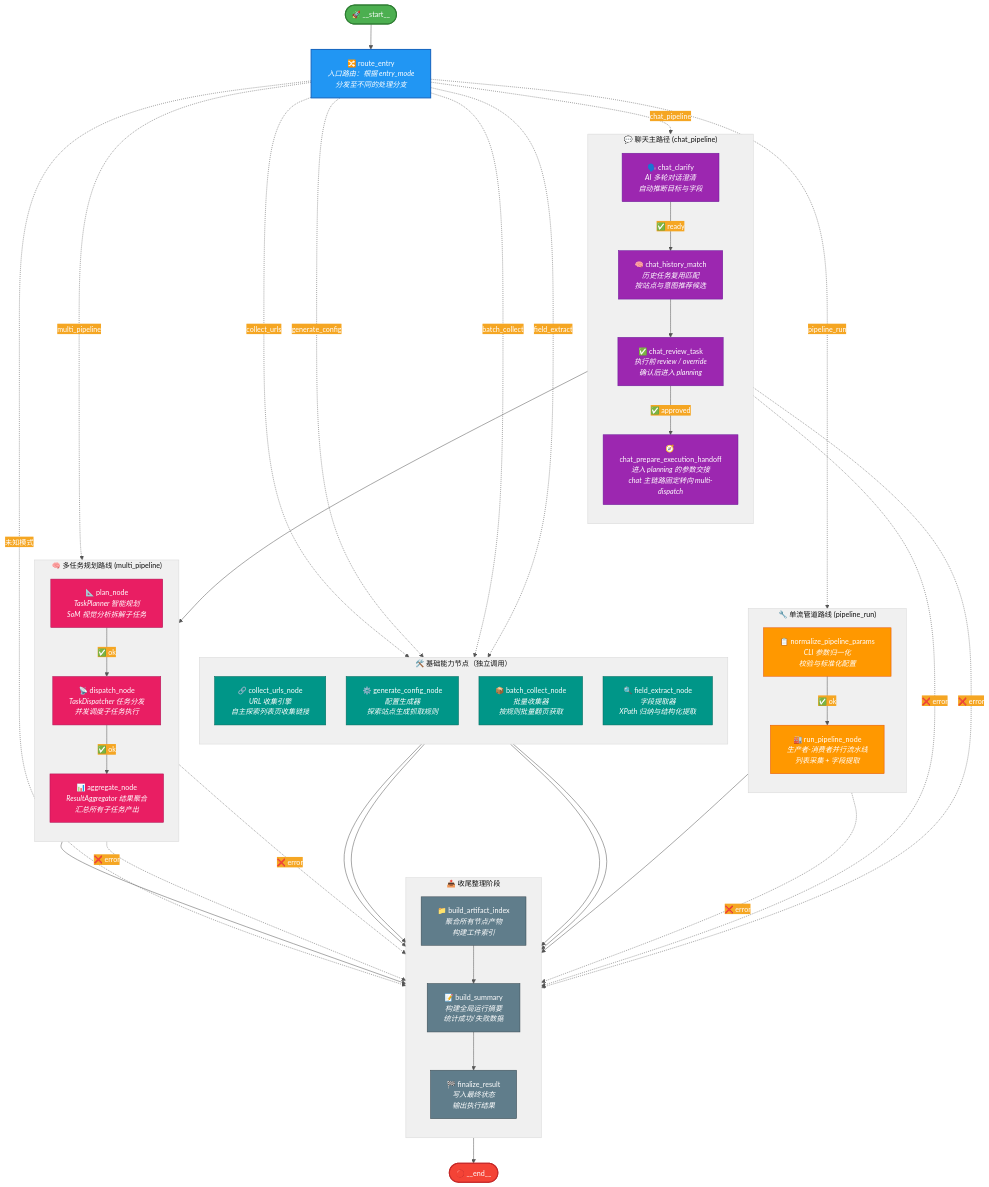
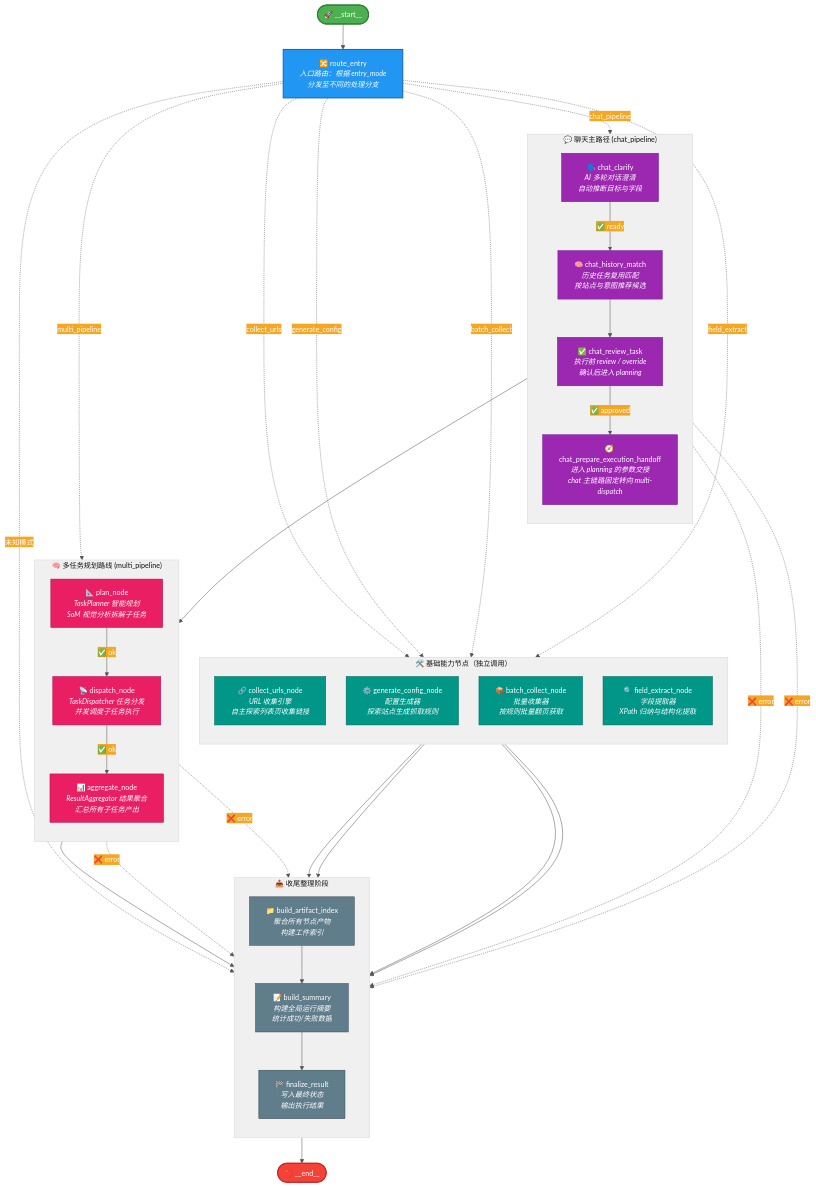
One commit to pinkllo/autospider changed the diagram in main_graph.mmd. Above: the diagram before and after it, drawn with Mermaid. The commit also changed 77 other files, not shown here.

```diff
--- a/main_graph.mmd
+++ b/main_graph.mmd
@@ -1,140 +1,126 @@
 %%{init: {
   "theme": "base",
   "themeVariables": {
     "primaryColor": "#4A90D9",
     "primaryTextColor": "#fff",
     "primaryBorderColor": "#2C5F8A",
     "lineColor": "#555",
     "secondaryColor": "#F5A623",
     "tertiaryColor": "#f0f0f0",
     "fontSize": "14px"
   },
   "flowchart": {
     "curve": "basis",
     "htmlLabels": true,
     "padding": 16,
     "nodeSpacing": 40,
     "rankSpacing": 50
   }
 }}%%
 
 graph TD
 
   %% ============================
   %% 入口与路由
   %% ============================
   START(["🚀 __start__"]):::startNode
   route_entry["🔀 route_entry<br/><i>入口路由：根据 entry_mode<br/>分发至不同的处理分支</i>"]:::routeNode
 
   START --> route_entry
 
   %% ============================
   %% 聊天交互路线
   %% ============================
   subgraph chat_branch ["💬 聊天主路径 (chat_pipeline)"]
     direction TB
     chat_clarify["🗣️ chat_clarify<br/><i>AI 多轮对话澄清<br/>自动推断目标与字段</i>"]:::chatNode
     chat_history_match["🧠 chat_history_match<br/><i>历史任务复用匹配<br/>按站点与意图推荐候选</i>"]:::chatNode
     chat_review_task["✅ chat_review_task<br/><i>执行前 review / override<br/>确认后进入 planning</i>"]:::chatNode
     chat_prepare_execution_handoff["🧭 chat_prepare_execution_handoff<br/><i>进入 planning 的参数交接<br/>chat 主链路固定转向 multi-dispatch</i>"]:::chatNode
 
     chat_clarify -- "✅ ready" --> chat_history_match
     chat_history_match --> chat_review_task
     chat_review_task -- "✅ approved" --> chat_prepare_execution_handoff
   end
 
   %% ============================
-  %% 单流管道路线
-  %% ============================
-  subgraph pipeline_branch ["🔧 单流管道路线 (pipeline_run)"]
-    direction TB
-    normalize_pipeline_params["📋 normalize_pipeline_params<br/><i>CLI 参数归一化<br/>校验与标准化配置</i>"]:::pipelineNode
-    run_pipeline_node["🏭 run_pipeline_node<br/><i>生产者-消费者并行流水线<br/>列表采集 + 字段提取</i>"]:::pipelineNode
-
-    normalize_pipeline_params -- "✅ ok" --> run_pipeline_node
-  end
-
-  %% ============================
   %% 基础能力节点
   %% ============================
   subgraph capability_branch ["🛠️ 基础能力节点（独立调用）"]
     direction TB
     collect_urls_node["🔗 collect_urls_node<br/><i>URL 收集引擎<br/>自主探索列表页收集链接</i>"]:::capNode
     generate_config_node["⚙️ generate_config_node<br/><i>配置生成器<br/>探索站点生成抓取规则</i>"]:::capNode
     batch_collect_node["📦 batch_collect_node<br/><i>批量收集器<br/>按规则批量翻页获取</i>"]:::capNode
     field_extract_node["🔍 field_extract_node<br/><i>字段提取器<br/>XPath 归纳与结构化提取</i>"]:::capNode
   end
 
   %% ============================
   %% 多任务规划路线
   %% ============================
   subgraph multi_branch ["🧠 多任务规划路线 (multi_pipeline)"]
     direction TB
     plan_node["📐 plan_node<br/><i>TaskPlanner 智能规划<br/>SoM 视觉分析拆解子任务</i>"]:::planNode
     dispatch_node["📡 dispatch_node<br/><i>TaskDispatcher 任务分发<br/>并发调度子任务执行</i>"]:::planNode
     aggregate_node["📊 aggregate_node<br/><i>ResultAggregator 结果聚合<br/>汇总所有子任务产出</i>"]:::planNode
 
     plan_node -- "✅ ok" --> dispatch_node
     dispatch_node -- "✅ ok" --> aggregate_node
   end
 
   %% ============================
   %% 收尾阶段
   %% ============================
   subgraph finalize_branch ["📤 收尾整理阶段"]
     direction TB
     build_artifact_index["📁 build_artifact_index<br/><i>聚合所有节点产物<br/>构建工件索引</i>"]:::finalNode
     build_summary["📝 build_summary<br/><i>构建全局运行摘要<br/>统计成功/失败数据</i>"]:::finalNode
     finalize_result["🏁 finalize_result<br/><i>写入最终状态<br/>输出执行结果</i>"]:::finalNode
 
     build_artifact_index --> build_summary
     build_summary --> finalize_result
   end
 
   ENDNODE(["🔴 __end__"]):::endNode
 
   %% ============================
   %% 入口路由 → 各分支
   %% ============================
   route_entry -. "chat_pipeline" .-> chat_clarify
-  route_entry -. "pipeline_run" .-> normalize_pipeline_params
   route_entry -. "collect_urls" .-> collect_urls_node
   route_entry -. "generate_config" .-> generate_config_node
   route_entry -. "batch_collect" .-> batch_collect_node
   route_entry -. "field_extract" .-> field_extract_node
   route_entry -. "multi_pipeline" .-> plan_node
   route_entry -. "未知模式" .-> finalize_result
 
   %% ============================
   %% 各分支 → 收尾
   %% ============================
   chat_prepare_execution_handoff --> plan_node
-  run_pipeline_node --> build_artifact_index
   collect_urls_node --> build_artifact_index
   generate_config_node --> build_artifact_index
   batch_collect_node --> build_artifact_index
   field_extract_node --> build_artifact_index
   aggregate_node --> build_artifact_index
 
   %% ============================
   %% 错误路径 → 收尾
   %% ============================
   chat_clarify -. "❌ error" .-> build_artifact_index
   chat_prepare_execution_handoff -. "❌ error" .-> build_artifact_index
-  normalize_pipeline_params -. "❌ error" .-> build_artifact_index
   plan_node -. "❌ error" .-> build_artifact_index
   dispatch_node -. "❌ error" .-> build_artifact_index
 
   finalize_result --> ENDNODE
 
   %% ============================
   %% 样式定义
   %% ============================
   classDef startNode fill:#4CAF50,stroke:#2E7D32,color:#fff,stroke-width:2px
   classDef endNode fill:#F44336,stroke:#C62828,color:#fff,stroke-width:2px
   classDef routeNode fill:#2196F3,stroke:#1565C0,color:#fff,stroke-width:2px
   classDef chatNode fill:#9C27B0,stroke:#6A1B9A,color:#fff,stroke-width:1px
   classDef pipelineNode fill:#FF9800,stroke:#E65100,color:#fff,stroke-width:1px
   classDef capNode fill:#009688,stroke:#00695C,color:#fff,stroke-width:1px
   classDef planNode fill:#E91E63,stroke:#AD1457,color:#fff,stroke-width:1px
   classDef finalNode fill:#607D8B,stroke:#37474F,color:#fff,stroke-width:1px
```
